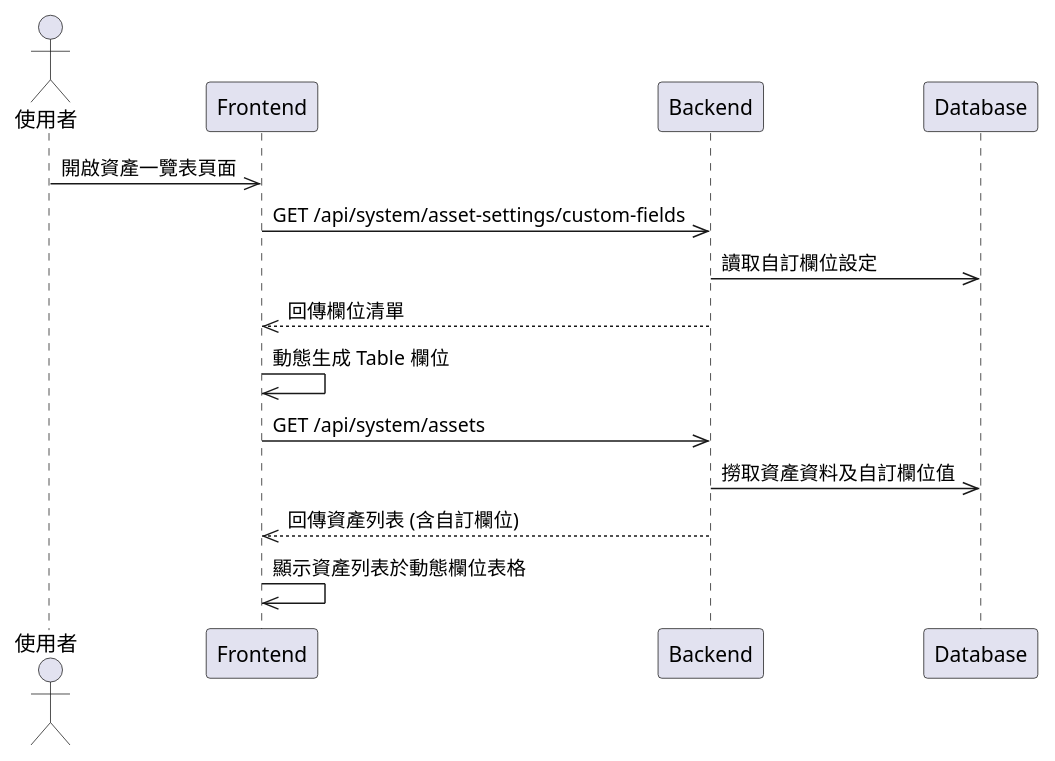
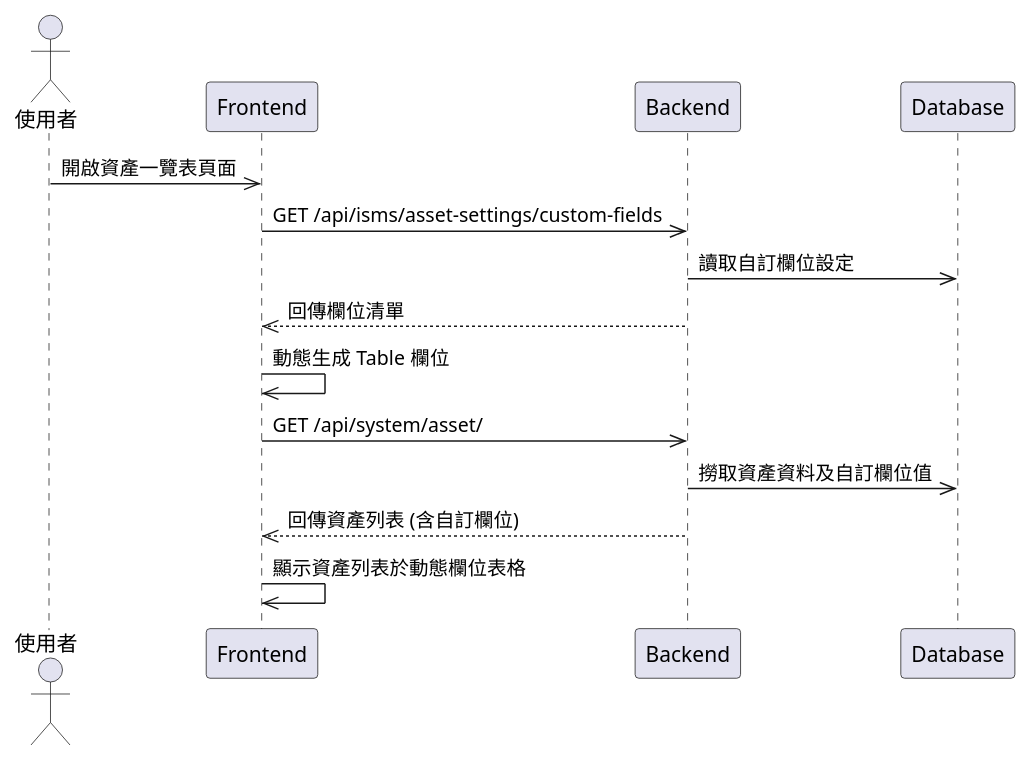
The diagram in mermaid/sequence/asset_query.puml (walle45611/NTUB_SecuManag_Diagram), drawn with PlantUML before and after one commit. The commit also changed 6 other files, not shown here.

First line of the commit message:
feat: 更新循序圖 (#2)

```diff
--- a/mermaid/sequence/asset_query.puml
+++ b/mermaid/sequence/asset_query.puml
@@ -1,16 +1,18 @@
 @startuml
 actor User as "使用者"
 participant Frontend
 participant Backend
 participant Database
 
-User ->> Frontend: 開啟資產一覽表頁面
-Frontend ->> Backend: GET /api/system/asset-settings/custom-fields
-Backend ->> Database: 讀取自訂欄位設定
-Backend -->> Frontend: 回傳欄位清單
-Frontend ->> Frontend: 動態生成 Table 欄位
-Frontend ->> Backend: GET /api/system/assets
-Backend ->> Database: 撈取資產資料及自訂欄位值
-Backend -->> Frontend: 回傳資產列表 (含自訂欄位)
-Frontend ->> Frontend: 顯示資產列表於動態欄位表格
+User->>Frontend: 開啟資產一覽表頁面
+Frontend->>Backend: GET /api/isms/asset-settings/custom-fields
+Backend->>Database: 讀取自訂欄位設定
+Backend-->>Frontend: 回傳欄位清單
+
+Frontend->>Frontend: 動態生成 Table 欄位
+
+Frontend->>Backend: GET /api/system/asset/
+Backend->>Database: 撈取資產資料及自訂欄位值
+Backend-->>Frontend: 回傳資產列表 (含自訂欄位)
+Frontend->>Frontend: 顯示資產列表於動態欄位表格
 @enduml
```
